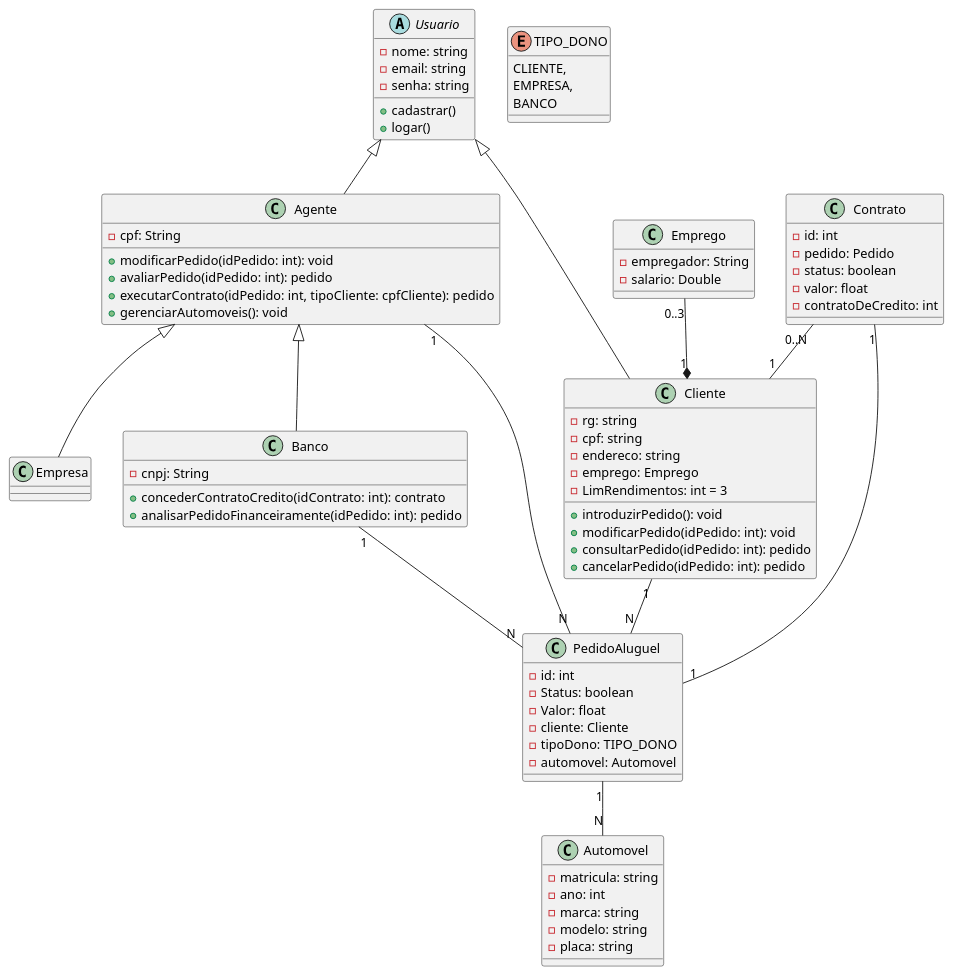
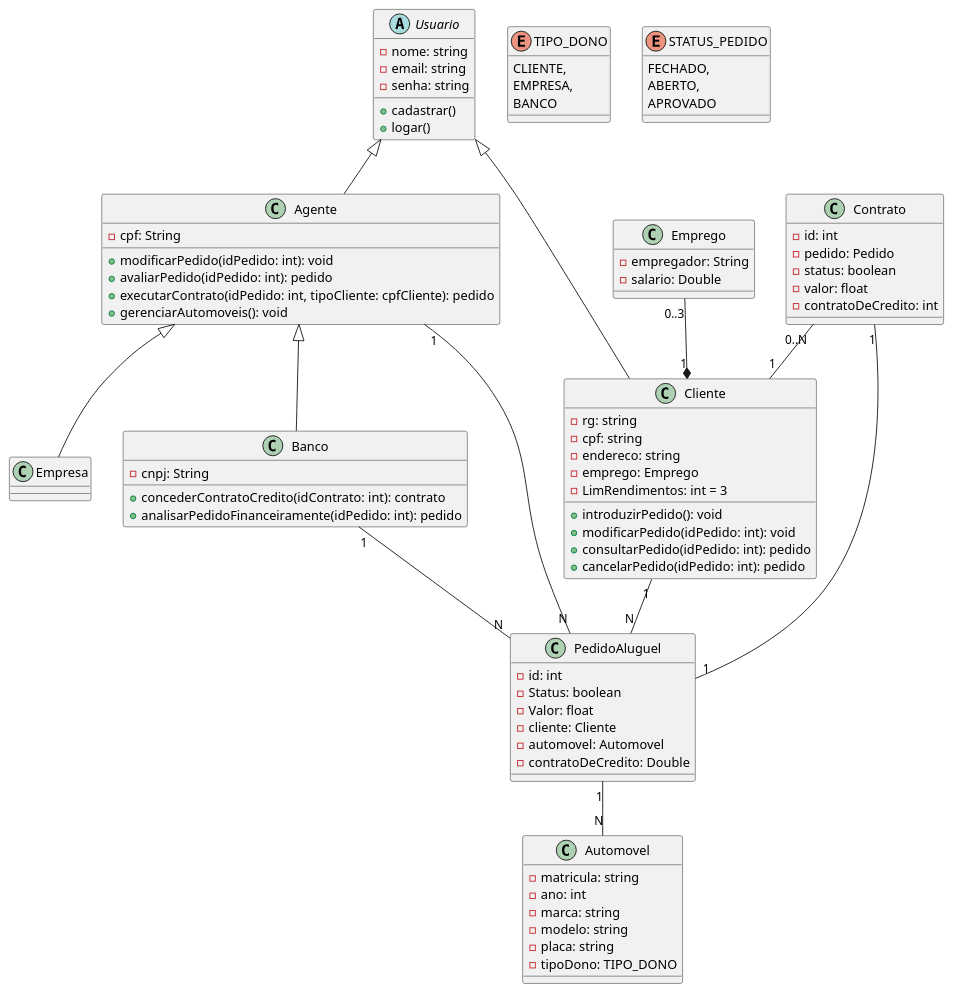
The diagram in projeto/diagramaDeClasseSprint2.md (GuilhermeFalante/LDS_Aluguel_de_Carros), drawn with PlantUML before and after one commit. The commit also changed 4 other files, not shown here.

Commit message:
atualizando os diagramas

```diff
--- a/projeto/diagramaDeClasseSprint2.md
+++ b/projeto/diagramaDeClasseSprint2.md
@@ -11,6 +11,12 @@
     CLIENTE,
     EMPRESA,
     BANCO
+}
+
+enum STATUS_PEDIDO {
+    FECHADO,
+    ABERTO,
+    APROVADO
 }
 
 class Cliente {
@@ -47,8 +53,8 @@
     -Status: boolean
     -Valor: float
     -cliente: Cliente
-    -tipoDono: TIPO_DONO
     -automovel: Automovel
+    -contratoDeCredito: Double
     
 }
 
@@ -66,6 +72,7 @@
     -marca: string
     -modelo: string
     -placa: string
+    -tipoDono: TIPO_DONO
 }
 
 class Emprego {
```
